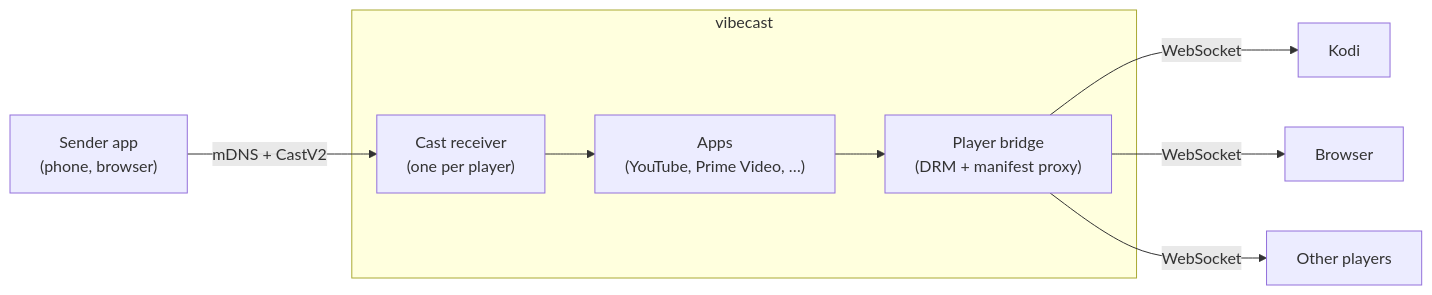
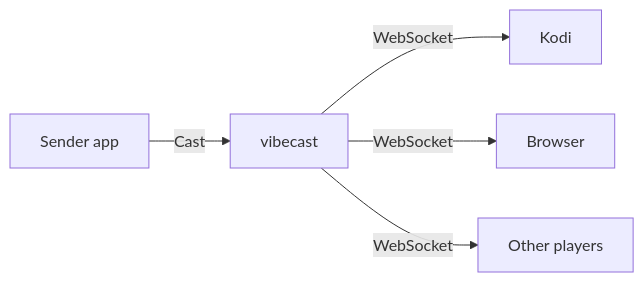
Before and after one commit to emilsvennesson/vibecast: the diagram in README.md, drawn with Mermaid. The commit also changed 3 other files, not shown here.

Commit message:
chore(release): bump patch for features while pre-1.0; simplify diagram

````diff
--- a/README.md
+++ b/README.md
@@ -17,16 +17,7 @@
 ```mermaid
 flowchart LR
-    sender["Sender app<br/>(phone, browser)"]
-
-    subgraph vibecast
-        receiver["Cast receiver<br/>(one per player)"]
-        apps["Apps<br/>(YouTube, Prime Video, …)"]
-        bridge["Player bridge<br/>(DRM + manifest proxy)"]
-        receiver --> apps --> bridge
-    end
-
-    sender -- "mDNS + CastV2" --> receiver
-    bridge -- "WebSocket" --> kodi["Kodi"]
-    bridge -- "WebSocket" --> browser["Browser"]
-    bridge -- "WebSocket" --> other["Other players"]
+    sender[Sender app] -- Cast --> vibecast
+    vibecast -- WebSocket --> kodi[Kodi]
+    vibecast -- WebSocket --> browser[Browser]
+    vibecast -- WebSocket --> other[Other players]
 ```
````
